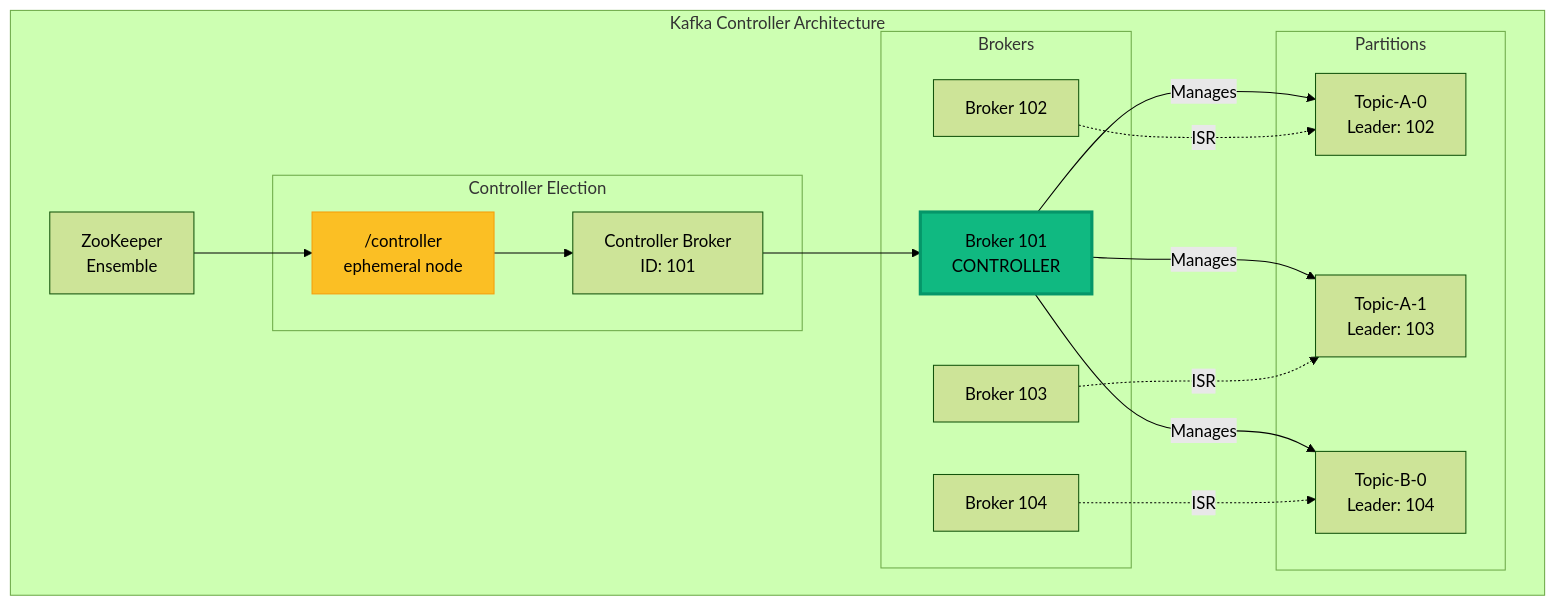
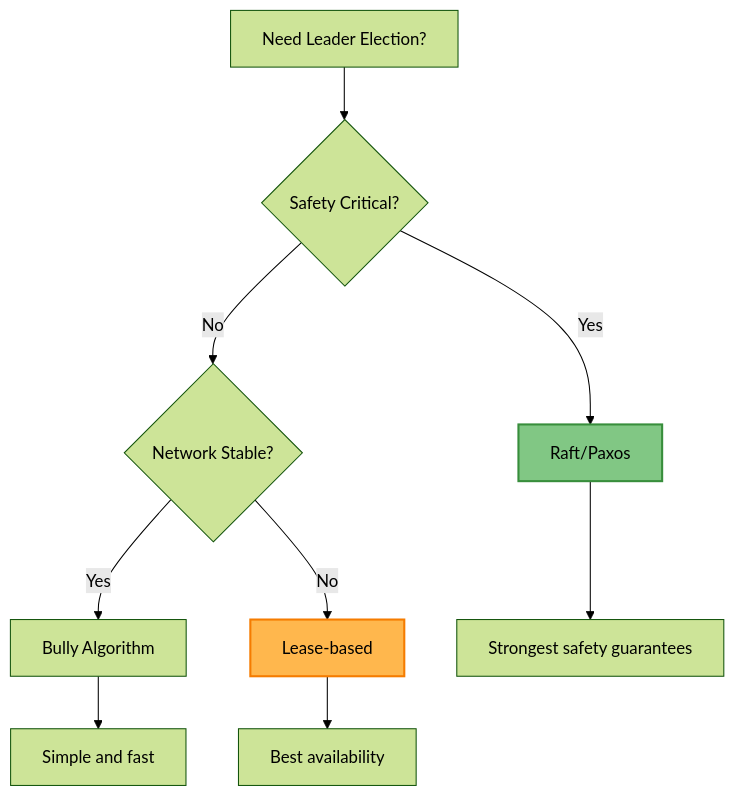
One commit to deepaucksharma/DStudio changed the sixth of 6 diagrams in docs/pattern-library/coordination/leader-election.md. Above: the diagram before and after it, drawn with Mermaid (forest theme). The commit also changed other lines of this file and 191 other files, not shown here.

````diff
--- a/docs/pattern-library/coordination/leader-election.md
+++ b/docs/pattern-library/coordination/leader-election.md
@@ -1150,39 +338,19 @@
 ```mermaid
-graph TB
-    subgraph "Kafka Controller Architecture"
-        ZK[ZooKeeper<br/>Ensemble]
-        
-        subgraph "Controller Election"
-            Path["/controller"<br/>ephemeral node]
-            Controller[Controller Broker<br/>ID: 101]
-        end
-        
-        subgraph "Brokers"
-            B1[Broker 101<br/>CONTROLLER]
-            B2[Broker 102]
-            B3[Broker 103]
-            B4[Broker 104]
-        end
-        
-        subgraph "Partitions"
-            P1[Topic-A-0<br/>Leader: 102]
-            P2[Topic-A-1<br/>Leader: 103]
-            P3[Topic-B-0<br/>Leader: 104]
-        end
-        
-        ZK --> Path
-        Path --> Controller
-        Controller --> B1
-        
-        B1 -->|Manages| P1
-        B1 -->|Manages| P2
-        B1 -->|Manages| P3
-        
-        B2 -.->|ISR| P1
-        B3 -.->|ISR| P2
-        B4 -.->|ISR| P3
-    end
+graph TD
+    A[Need Leader Election?] --> B{Safety Critical?}
+    B -->|Yes| C[Raft/Paxos]
+    B -->|No| D{Network Stable?}
     
-    style B1 fill:#10b981,stroke:#059669,stroke-width:3px
-    style Path fill:#fbbf24,stroke:#f59e0b
+    D -->|Yes| E[Bully Algorithm]
+    D -->|No| F[Lease-based]
+    
+    C --> G[Strongest safety guarantees]
+    E --> H[Simple and fast]
+    F --> I[Best availability]
+    
+    classDef recommended fill:#81c784,stroke:#388e3c,stroke-width:2px
+    classDef caution fill:#ffb74d,stroke:#f57c00,stroke-width:2px
+    
+    class C recommended
+    class F caution
 ```
````
